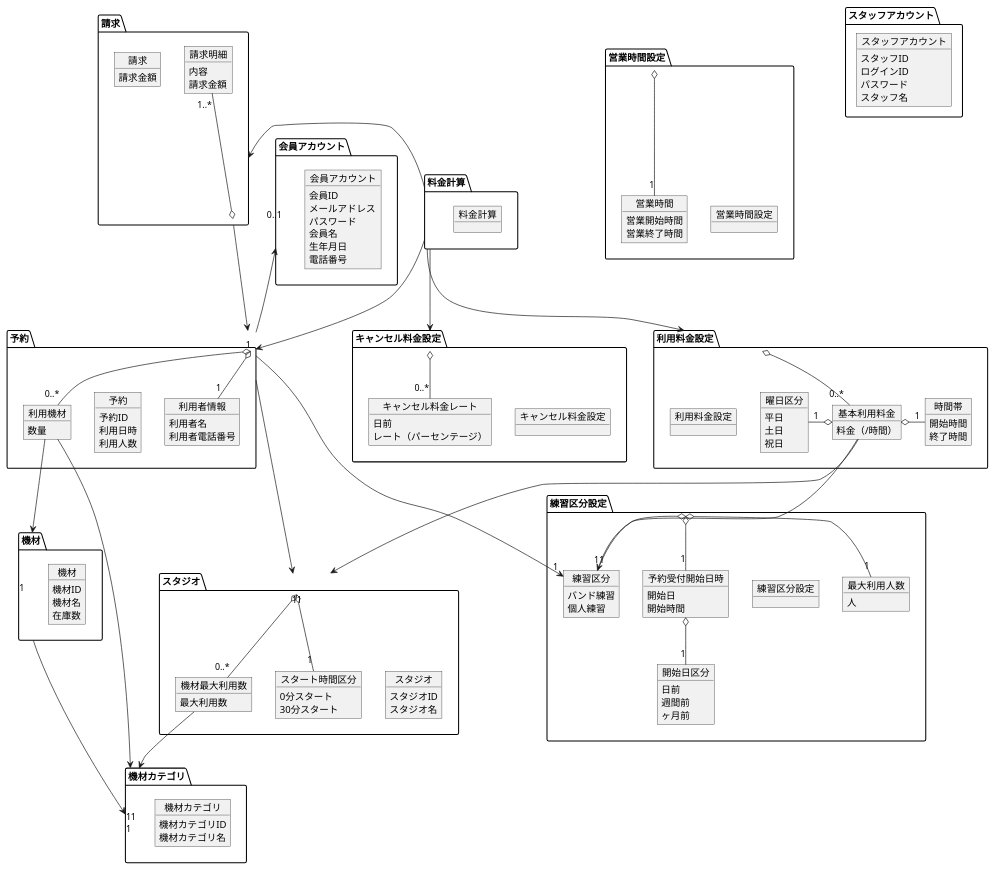
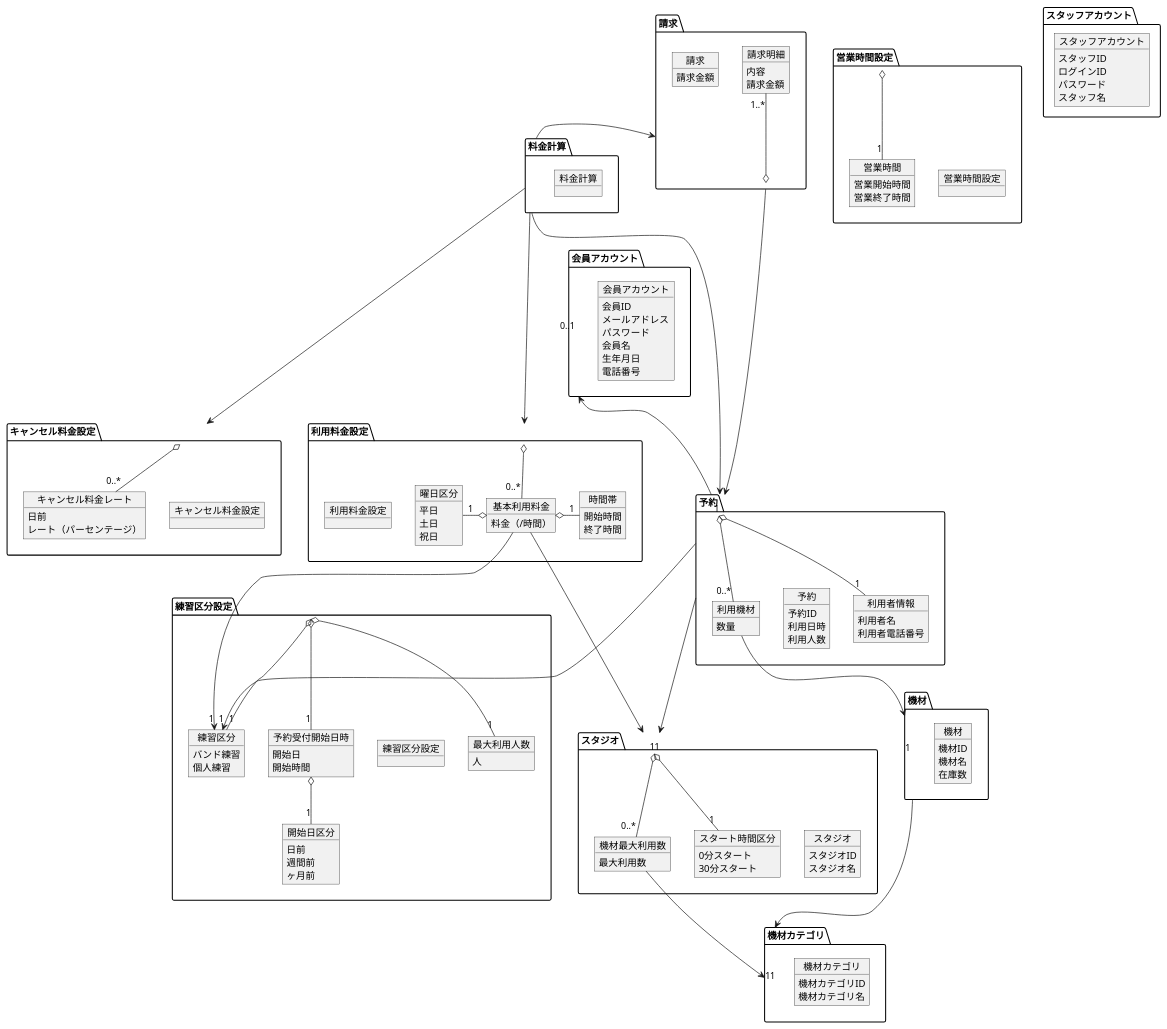
Before and after one commit to TakashiOnawa/ddd-practice-studio-reservation: the diagram in modeling/07_DomainModel.pu, drawn with PlantUML. The commit also changed 29 other files, not shown here.

```diff
--- a/modeling/07_DomainModel.pu
+++ b/modeling/07_DomainModel.pu
@@ -1,190 +1,189 @@
 @startuml DomainModel
 
 package 予約 {
     object 予約 {
         予約ID
         利用日時
         利用人数
     }
 
     object 利用者情報 {
         利用者名
         利用者電話番号
     }
 
     object 利用機材 {
         数量
     }
 }
 
 package 練習区分設定 {
     object 練習区分設定 {
     }
 
     object 練習区分 {
         バンド練習
         個人練習
     }
 
     object 最大利用人数 {
         人
     }
 
     object 予約受付開始日時 {
         開始日
         開始時間
     }
 
     object 開始日区分 {
         日前
         週間前
         ヶ月前
     }
 }
 
 package スタジオ {
     object スタジオ {
         スタジオID
         スタジオ名
     }
 
     object スタート時間区分 {
         0分スタート
         30分スタート
     }
 
     object 機材最大利用数 {
         最大利用数
     }
 }
 
 package 機材 {
     object 機材 {
         機材ID
         機材名
         在庫数
     }
 }
 
 package 機材カテゴリ {
     object 機材カテゴリ {
         機材カテゴリID
         機材カテゴリ名
     }
 }
 
 package キャンセル料金設定 {
     object キャンセル料金設定 {
     }
 
     object キャンセル料金レート {
         日前
         レート（パーセンテージ）
     }
 }
 
 package 営業時間設定 {
     object 営業時間設定 {
     }
 
     object 営業時間 {
         営業開始時間
         営業終了時間
     }
 }
 
 package 会員アカウント {
     object 会員アカウント {
         会員ID
         メールアドレス
         パスワード
         会員名
         生年月日
         電話番号
     }
 }
 
 package スタッフアカウント {
     object スタッフアカウント {
         スタッフID
         ログインID
         パスワード
         スタッフ名
     }
 }
 
 package 利用料金設定 {
     object 利用料金設定 {
     }
 
     object 基本利用料金 {
         料金（/時間）
     }
 
     object 曜日区分 {
         平日
         土日
         祝日
     }
 
     object 時間帯 {
         開始時間
         終了時間
     }
 }
 
 package 料金計算 {
     object 料金計算 {
     }
 }
 
 package 請求 {
     object 請求 {
         請求金額
     }
 
     object 請求明細 {
         内容
         請求金額
     }
 }
 
 予約 ---> "1" スタジオ
 予約 o-- "0..*" 利用機材
 予約 o- "1" 利用者情報
 予約 ---> "1" 練習区分
 予約 -up--> "0..1" 会員アカウント
 
-利用機材 ---> "1" 機材
-利用機材 --> "1" 機材カテゴリ
+利用機材 --> "1" 機材
 
 スタジオ o-- "1" スタート時間区分
 スタジオ o-- "0..*" 機材最大利用数
 
 機材最大利用数 --> "1" 機材カテゴリ
 
 機材 ---> "1" 機材カテゴリ
 
 練習区分設定 o- "1" 練習区分
 練習区分設定 o-- "1" 最大利用人数
 練習区分設定 o-- "1" 予約受付開始日時
 予約受付開始日時 o-- "1" 開始日区分
 
 営業時間設定 o-- "1" 営業時間
 
 キャンセル料金設定 o-- "0..*" キャンセル料金レート
 
 利用料金設定 o-- "0..*" 基本利用料金
 基本利用料金 ---> "1" 練習区分
 基本利用料金 ---> "1" スタジオ
 基本利用料金 o-left- "1" 曜日区分
 基本利用料金 o-right- "1" 時間帯
 
 請求 o-up- "1..*" 請求明細
 請求 ---> "1" 予約
 料金計算 ---> 予約
 料金計算 ---> 利用料金設定
 料金計算 -left-> 請求
 料金計算 ---> キャンセル料金設定
 
 @enduml
```
